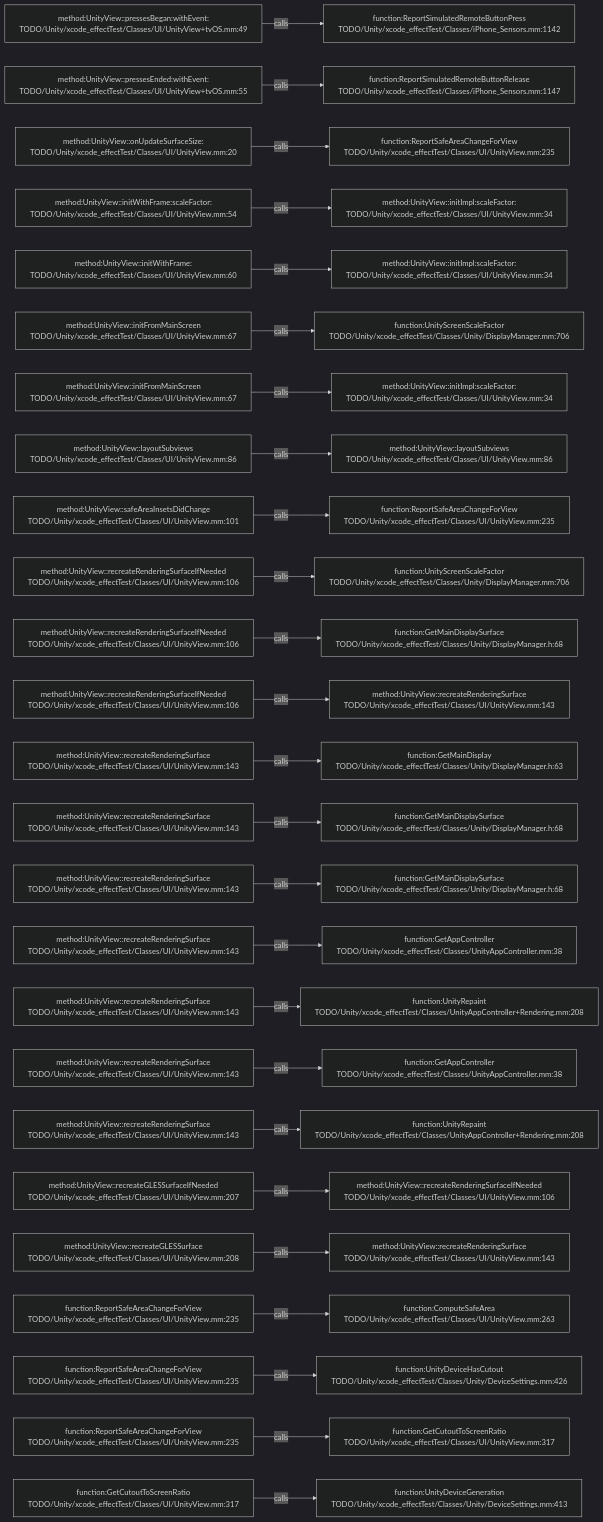
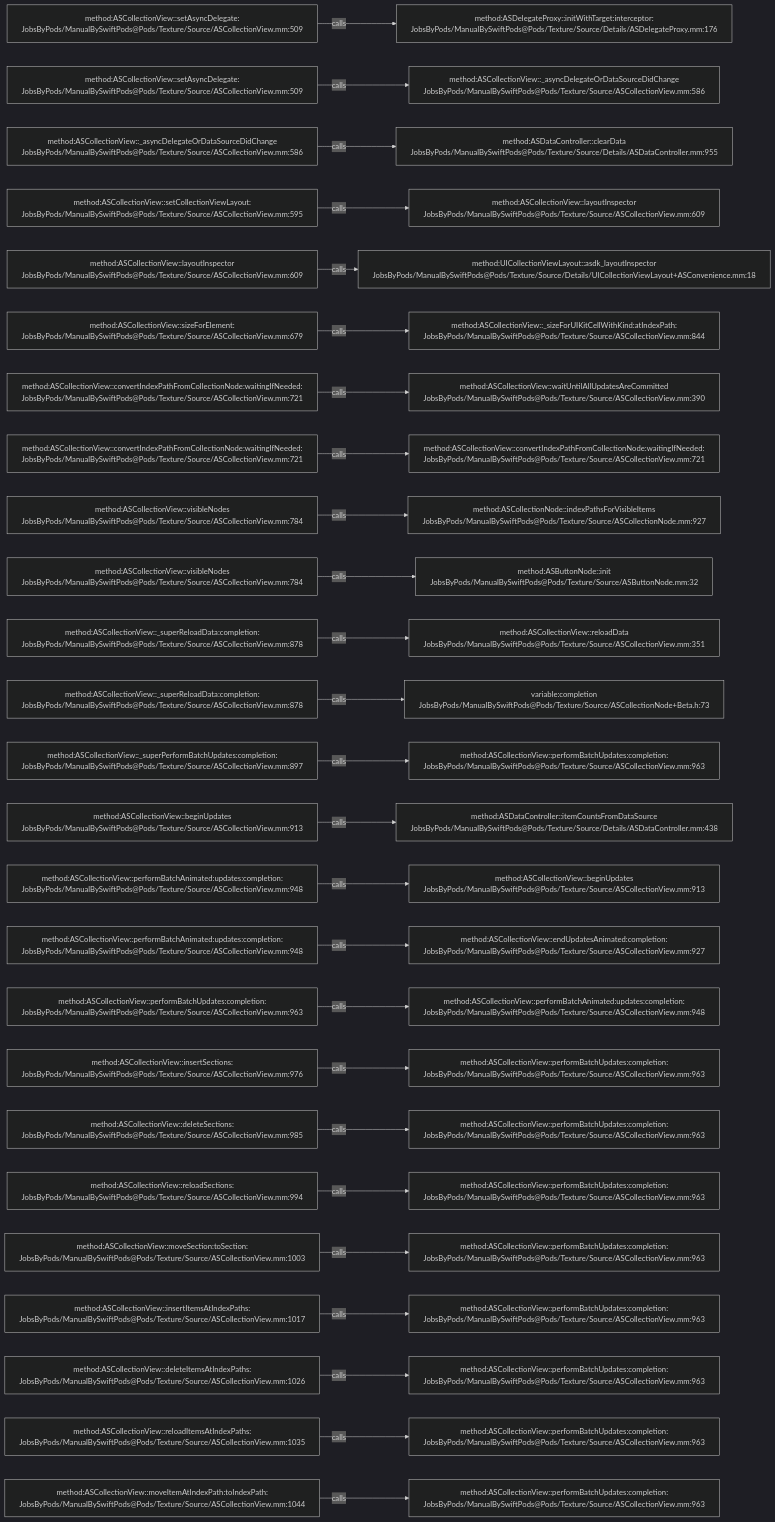
Before and after one commit to JobsKits/JobsSwiftBaseConfigDemo: the diagram in .codegraph/codegraph.md/graphs/calls-030.md, drawn with Mermaid (dark theme). The commit also changed 2959 other files, not shown here.

````diff
--- a/.codegraph/codegraph.md/graphs/calls-030.md
+++ b/.codegraph/codegraph.md/graphs/calls-030.md
@@ -13,78 +13,78 @@
 ```mermaid
 flowchart LR
-  S1["method:UnityView::pressesBegan:withEvent:<br/>TODO/Unity/xcode_effectTest/Classes/UI/UnityView+tvOS.mm:49"]
-  T1["function:ReportSimulatedRemoteButtonPress<br/>TODO/Unity/xcode_effectTest/Classes/iPhone_Sensors.mm:1142"]
+  S1["method:ASCollectionView::setAsyncDelegate:<br/>JobsByPods/ManualBySwiftPods@Pods/Texture/Source/ASCollectionView.mm:509"]
+  T1["method:ASDelegateProxy::initWithTarget:interceptor:<br/>JobsByPods/ManualBySwiftPods@Pods/Texture/Source/Details/ASDelegateProxy.mm:176"]
   S1 -->|calls| T1
-  S2["method:UnityView::pressesEnded:withEvent:<br/>TODO/Unity/xcode_effectTest/Classes/UI/UnityView+tvOS.mm:55"]
-  T2["function:ReportSimulatedRemoteButtonRelease<br/>TODO/Unity/xcode_effectTest/Classes/iPhone_Sensors.mm:1147"]
+  S2["method:ASCollectionView::setAsyncDelegate:<br/>JobsByPods/ManualBySwiftPods@Pods/Texture/Source/ASCollectionView.mm:509"]
+  T2["method:ASCollectionView::_asyncDelegateOrDataSourceDidChange<br/>JobsByPods/ManualBySwiftPods@Pods/Texture/Source/ASCollectionView.mm:586"]
   S2 -->|calls| T2
-  S3["method:UnityView::onUpdateSurfaceSize:<br/>TODO/Unity/xcode_effectTest/Classes/UI/UnityView.mm:20"]
-  T3["function:ReportSafeAreaChangeForView<br/>TODO/Unity/xcode_effectTest/Classes/UI/UnityView.mm:235"]
+  S3["method:ASCollectionView::_asyncDelegateOrDataSourceDidChange<br/>JobsByPods/ManualBySwiftPods@Pods/Texture/Source/ASCollectionView.mm:586"]
+  T3["method:ASDataController::clearData<br/>JobsByPods/ManualBySwiftPods@Pods/Texture/Source/Details/ASDataController.mm:955"]
   S3 -->|calls| T3
-  S4["method:UnityView::initWithFrame:scaleFactor:<br/>TODO/Unity/xcode_effectTest/Classes/UI/UnityView.mm:54"]
-  T4["method:UnityView::initImpl:scaleFactor:<br/>TODO/Unity/xcode_effectTest/Classes/UI/UnityView.mm:34"]
+  S4["method:ASCollectionView::setCollectionViewLayout:<br/>JobsByPods/ManualBySwiftPods@Pods/Texture/Source/ASCollectionView.mm:595"]
+  T4["method:ASCollectionView::layoutInspector<br/>JobsByPods/ManualBySwiftPods@Pods/Texture/Source/ASCollectionView.mm:609"]
   S4 -->|calls| T4
-  S5["method:UnityView::initWithFrame:<br/>TODO/Unity/xcode_effectTest/Classes/UI/UnityView.mm:60"]
-  T5["method:UnityView::initImpl:scaleFactor:<br/>TODO/Unity/xcode_effectTest/Classes/UI/UnityView.mm:34"]
+  S5["method:ASCollectionView::layoutInspector<br/>JobsByPods/ManualBySwiftPods@Pods/Texture/Source/ASCollectionView.mm:609"]
+  T5["method:UICollectionViewLayout::asdk_layoutInspector<br/>JobsByPods/ManualBySwiftPods@Pods/Texture/Source/Details/UICollectionViewLayout+ASConvenience.mm:18"]
   S5 -->|calls| T5
-  S6["method:UnityView::initFromMainScreen<br/>TODO/Unity/xcode_effectTest/Classes/UI/UnityView.mm:67"]
-  T6["function:UnityScreenScaleFactor<br/>TODO/Unity/xcode_effectTest/Classes/Unity/DisplayManager.mm:706"]
+  S6["method:ASCollectionView::sizeForElement:<br/>JobsByPods/ManualBySwiftPods@Pods/Texture/Source/ASCollectionView.mm:679"]
+  T6["method:ASCollectionView::_sizeForUIKitCellWithKind:atIndexPath:<br/>JobsByPods/ManualBySwiftPods@Pods/Texture/Source/ASCollectionView.mm:844"]
   S6 -->|calls| T6
-  S7["method:UnityView::initFromMainScreen<br/>TODO/Unity/xcode_effectTest/Classes/UI/UnityView.mm:67"]
-  T7["method:UnityView::initImpl:scaleFactor:<br/>TODO/Unity/xcode_effectTest/Classes/UI/UnityView.mm:34"]
+  S7["method:ASCollectionView::convertIndexPathFromCollectionNode:waitingIfNeeded:<br/>JobsByPods/ManualBySwiftPods@Pods/Texture/Source/ASCollectionView.mm:721"]
+  T7["method:ASCollectionView::waitUntilAllUpdatesAreCommitted<br/>JobsByPods/ManualBySwiftPods@Pods/Texture/Source/ASCollectionView.mm:390"]
   S7 -->|calls| T7
-  S8["method:UnityView::layoutSubviews<br/>TODO/Unity/xcode_effectTest/Classes/UI/UnityView.mm:86"]
-  T8["method:UnityView::layoutSubviews<br/>TODO/Unity/xcode_effectTest/Classes/UI/UnityView.mm:86"]
+  S8["method:ASCollectionView::convertIndexPathFromCollectionNode:waitingIfNeeded:<br/>JobsByPods/ManualBySwiftPods@Pods/Texture/Source/ASCollectionView.mm:721"]
+  T8["method:ASCollectionView::convertIndexPathFromCollectionNode:waitingIfNeeded:<br/>JobsByPods/ManualBySwiftPods@Pods/Texture/Source/ASCollectionView.mm:721"]
   S8 -->|calls| T8
-  S9["method:UnityView::safeAreaInsetsDidChange<br/>TODO/Unity/xcode_effectTest/Classes/UI/UnityView.mm:101"]
-  T9["function:ReportSafeAreaChangeForView<br/>TODO/Unity/xcode_effectTest/Classes/UI/UnityView.mm:235"]
+  S9["method:ASCollectionView::visibleNodes<br/>JobsByPods/ManualBySwiftPods@Pods/Texture/Source/ASCollectionView.mm:784"]
+  T9["method:ASCollectionNode::indexPathsForVisibleItems<br/>JobsByPods/ManualBySwiftPods@Pods/Texture/Source/ASCollectionNode.mm:927"]
   S9 -->|calls| T9
-  S10["method:UnityView::recreateRenderingSurfaceIfNeeded<br/>TODO/Unity/xcode_effectTest/Classes/UI/UnityView.mm:106"]
-  T10["function:UnityScreenScaleFactor<br/>TODO/Unity/xcode_effectTest/Classes/Unity/DisplayManager.mm:706"]
+  S10["method:ASCollectionView::visibleNodes<br/>JobsByPods/ManualBySwiftPods@Pods/Texture/Source/ASCollectionView.mm:784"]
+  T10["method:ASButtonNode::init<br/>JobsByPods/ManualBySwiftPods@Pods/Texture/Source/ASButtonNode.mm:32"]
   S10 -->|calls| T10
-  S11["method:UnityView::recreateRenderingSurfaceIfNeeded<br/>TODO/Unity/xcode_effectTest/Classes/UI/UnityView.mm:106"]
-  T11["function:GetMainDisplaySurface<br/>TODO/Unity/xcode_effectTest/Classes/Unity/DisplayManager.h:68"]
+  S11["method:ASCollectionView::_superReloadData:completion:<br/>JobsByPods/ManualBySwiftPods@Pods/Texture/Source/ASCollectionView.mm:878"]
+  T11["method:ASCollectionView::reloadData<br/>JobsByPods/ManualBySwiftPods@Pods/Texture/Source/ASCollectionView.mm:351"]
   S11 -->|calls| T11
-  S12["method:UnityView::recreateRenderingSurfaceIfNeeded<br/>TODO/Unity/xcode_effectTest/Classes/UI/UnityView.mm:106"]
-  T12["method:UnityView::recreateRenderingSurface<br/>TODO/Unity/xcode_effectTest/Classes/UI/UnityView.mm:143"]
+  S12["method:ASCollectionView::_superReloadData:completion:<br/>JobsByPods/ManualBySwiftPods@Pods/Texture/Source/ASCollectionView.mm:878"]
+  T12["variable:completion<br/>JobsByPods/ManualBySwiftPods@Pods/Texture/Source/ASCollectionNode+Beta.h:73"]
   S12 -->|calls| T12
-  S13["method:UnityView::recreateRenderingSurface<br/>TODO/Unity/xcode_effectTest/Classes/UI/UnityView.mm:143"]
-  T13["function:GetMainDisplay<br/>TODO/Unity/xcode_effectTest/Classes/Unity/DisplayManager.h:63"]
+  S13["method:ASCollectionView::_superPerformBatchUpdates:completion:<br/>JobsByPods/ManualBySwiftPods@Pods/Texture/Source/ASCollectionView.mm:897"]
+  T13["method:ASCollectionView::performBatchUpdates:completion:<br/>JobsByPods/ManualBySwiftPods@Pods/Texture/Source/ASCollectionView.mm:963"]
   S13 -->|calls| T13
-  S14["method:UnityView::recreateRenderingSurface<br/>TODO/Unity/xcode_effectTest/Classes/UI/UnityView.mm:143"]
-  T14["function:GetMainDisplaySurface<br/>TODO/Unity/xcode_effectTest/Classes/Unity/DisplayManager.h:68"]
+  S14["method:ASCollectionView::beginUpdates<br/>JobsByPods/ManualBySwiftPods@Pods/Texture/Source/ASCollectionView.mm:913"]
+  T14["method:ASDataController::itemCountsFromDataSource<br/>JobsByPods/ManualBySwiftPods@Pods/Texture/Source/Details/ASDataController.mm:438"]
   S14 -->|calls| T14
-  S15["method:UnityView::recreateRenderingSurface<br/>TODO/Unity/xcode_effectTest/Classes/UI/UnityView.mm:143"]
-  T15["function:GetMainDisplaySurface<br/>TODO/Unity/xcode_effectTest/Classes/Unity/DisplayManager.h:68"]
+  S15["method:ASCollectionView::performBatchAnimated:updates:completion:<br/>JobsByPods/ManualBySwiftPods@Pods/Texture/Source/ASCollectionView.mm:948"]
+  T15["method:ASCollectionView::beginUpdates<br/>JobsByPods/ManualBySwiftPods@Pods/Texture/Source/ASCollectionView.mm:913"]
   S15 -->|calls| T15
-  S16["method:UnityView::recreateRenderingSurface<br/>TODO/Unity/xcode_effectTest/Classes/UI/UnityView.mm:143"]
-  T16["function:GetAppController<br/>TODO/Unity/xcode_effectTest/Classes/UnityAppController.mm:38"]
+  S16["method:ASCollectionView::performBatchAnimated:updates:completion:<br/>JobsByPods/ManualBySwiftPods@Pods/Texture/Source/ASCollectionView.mm:948"]
+  T16["method:ASCollectionView::endUpdatesAnimated:completion:<br/>JobsByPods/ManualBySwiftPods@Pods/Texture/Source/ASCollectionView.mm:927"]
   S16 -->|calls| T16
-  S17["method:UnityView::recreateRenderingSurface<br/>TODO/Unity/xcode_effectTest/Classes/UI/UnityView.mm:143"]
-  T17["function:UnityRepaint<br/>TODO/Unity/xcode_effectTest/Classes/UnityAppController+Rendering.mm:208"]
+  S17["method:ASCollectionView::performBatchUpdates:completion:<br/>JobsByPods/ManualBySwiftPods@Pods/Texture/Source/ASCollectionView.mm:963"]
+  T17["method:ASCollectionView::performBatchAnimated:updates:completion:<br/>JobsByPods/ManualBySwiftPods@Pods/Texture/Source/ASCollectionView.mm:948"]
   S17 -->|calls| T17
-  S18["method:UnityView::recreateRenderingSurface<br/>TODO/Unity/xcode_effectTest/Classes/UI/UnityView.mm:143"]
-  T18["function:GetAppController<br/>TODO/Unity/xcode_effectTest/Classes/UnityAppController.mm:38"]
+  S18["method:ASCollectionView::insertSections:<br/>JobsByPods/ManualBySwiftPods@Pods/Texture/Source/ASCollectionView.mm:976"]
+  T18["method:ASCollectionView::performBatchUpdates:completion:<br/>JobsByPods/ManualBySwiftPods@Pods/Texture/Source/ASCollectionView.mm:963"]
   S18 -->|calls| T18
-  S19["method:UnityView::recreateRenderingSurface<br/>TODO/Unity/xcode_effectTest/Classes/UI/UnityView.mm:143"]
-  T19["function:UnityRepaint<br/>TODO/Unity/xcode_effectTest/Classes/UnityAppController+Rendering.mm:208"]
+  S19["method:ASCollectionView::deleteSections:<br/>JobsByPods/ManualBySwiftPods@Pods/Texture/Source/ASCollectionView.mm:985"]
+  T19["method:ASCollectionView::performBatchUpdates:completion:<br/>JobsByPods/ManualBySwiftPods@Pods/Texture/Source/ASCollectionView.mm:963"]
   S19 -->|calls| T19
-  S20["method:UnityView::recreateGLESSurfaceIfNeeded<br/>TODO/Unity/xcode_effectTest/Classes/UI/UnityView.mm:207"]
-  T20["method:UnityView::recreateRenderingSurfaceIfNeeded<br/>TODO/Unity/xcode_effectTest/Classes/UI/UnityView.mm:106"]
+  S20["method:ASCollectionView::reloadSections:<br/>JobsByPods/ManualBySwiftPods@Pods/Texture/Source/ASCollectionView.mm:994"]
+  T20["method:ASCollectionView::performBatchUpdates:completion:<br/>JobsByPods/ManualBySwiftPods@Pods/Texture/Source/ASCollectionView.mm:963"]
   S20 -->|calls| T20
-  S21["method:UnityView::recreateGLESSurface<br/>TODO/Unity/xcode_effectTest/Classes/UI/UnityView.mm:208"]
-  T21["method:UnityView::recreateRenderingSurface<br/>TODO/Unity/xcode_effectTest/Classes/UI/UnityView.mm:143"]
+  S21["method:ASCollectionView::moveSection:toSection:<br/>JobsByPods/ManualBySwiftPods@Pods/Texture/Source/ASCollectionView.mm:1003"]
+  T21["method:ASCollectionView::performBatchUpdates:completion:<br/>JobsByPods/ManualBySwiftPods@Pods/Texture/Source/ASCollectionView.mm:963"]
   S21 -->|calls| T21
-  S22["function:ReportSafeAreaChangeForView<br/>TODO/Unity/xcode_effectTest/Classes/UI/UnityView.mm:235"]
-  T22["function:ComputeSafeArea<br/>TODO/Unity/xcode_effectTest/Classes/UI/UnityView.mm:263"]
+  S22["method:ASCollectionView::insertItemsAtIndexPaths:<br/>JobsByPods/ManualBySwiftPods@Pods/Texture/Source/ASCollectionView.mm:1017"]
+  T22["method:ASCollectionView::performBatchUpdates:completion:<br/>JobsByPods/ManualBySwiftPods@Pods/Texture/Source/ASCollectionView.mm:963"]
   S22 -->|calls| T22
-  S23["function:ReportSafeAreaChangeForView<br/>TODO/Unity/xcode_effectTest/Classes/UI/UnityView.mm:235"]
-  T23["function:UnityDeviceHasCutout<br/>TODO/Unity/xcode_effectTest/Classes/Unity/DeviceSettings.mm:426"]
+  S23["method:ASCollectionView::deleteItemsAtIndexPaths:<br/>JobsByPods/ManualBySwiftPods@Pods/Texture/Source/ASCollectionView.mm:1026"]
+  T23["method:ASCollectionView::performBatchUpdates:completion:<br/>JobsByPods/ManualBySwiftPods@Pods/Texture/Source/ASCollectionView.mm:963"]
   S23 -->|calls| T23
-  S24["function:ReportSafeAreaChangeForView<br/>TODO/Unity/xcode_effectTest/Classes/UI/UnityView.mm:235"]
-  T24["function:GetCutoutToScreenRatio<br/>TODO/Unity/xcode_effectTest/Classes/UI/UnityView.mm:317"]
+  S24["method:ASCollectionView::reloadItemsAtIndexPaths:<br/>JobsByPods/ManualBySwiftPods@Pods/Texture/Source/ASCollectionView.mm:1035"]
+  T24["method:ASCollectionView::performBatchUpdates:completion:<br/>JobsByPods/ManualBySwiftPods@Pods/Texture/Source/ASCollectionView.mm:963"]
   S24 -->|calls| T24
-  S25["function:GetCutoutToScreenRatio<br/>TODO/Unity/xcode_effectTest/Classes/UI/UnityView.mm:317"]
-  T25["function:UnityDeviceGeneration<br/>TODO/Unity/xcode_effectTest/Classes/Unity/DeviceSettings.mm:413"]
+  S25["method:ASCollectionView::moveItemAtIndexPath:toIndexPath:<br/>JobsByPods/ManualBySwiftPods@Pods/Texture/Source/ASCollectionView.mm:1044"]
+  T25["method:ASCollectionView::performBatchUpdates:completion:<br/>JobsByPods/ManualBySwiftPods@Pods/Texture/Source/ASCollectionView.mm:963"]
   S25 -->|calls| T25
 ```
````
